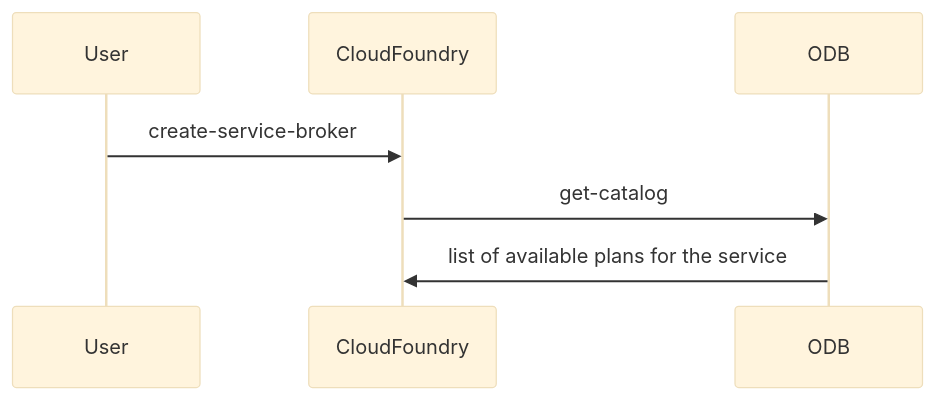
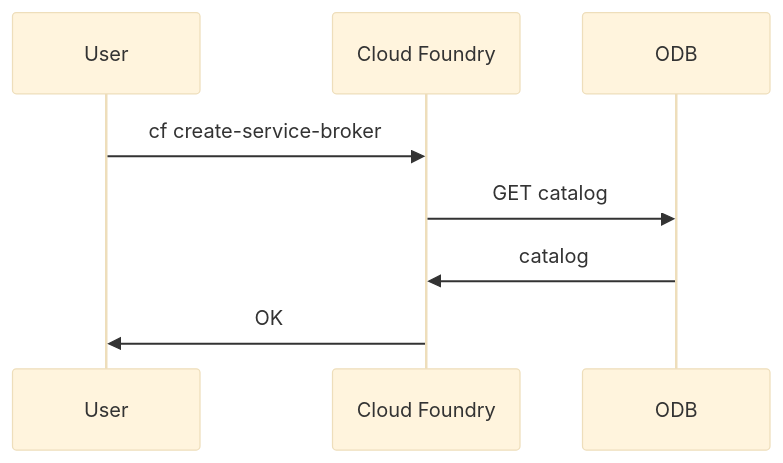
Before and after one commit to pivotal-cf/docs-on-demand-service-broker: the diagram in mmd/service_catalog_workflow.mmd, drawn with Mermaid (base theme). The commit also changed 11 other files, not shown here.

First line of the commit message:
Full service of sequence diagrams

```diff
--- a/mmd/service_catalog_workflow.mmd
+++ b/mmd/service_catalog_workflow.mmd
@@ -1,6 +1,7 @@
-<div class="mermaid">  
+<div class="mermaid">
 sequenceDiagram
-  User->>CloudFoundry:create-service-broker
-  CloudFoundry->>ODB:get-catalog
-  ODB->>CloudFoundry:list of available plans for the service
+  User->>Cloud Foundry:cf create-service-broker
+  Cloud Foundry->>ODB:GET catalog
+  ODB->>Cloud Foundry:catalog
+  Cloud Foundry->>User:OK
 </div>
```
